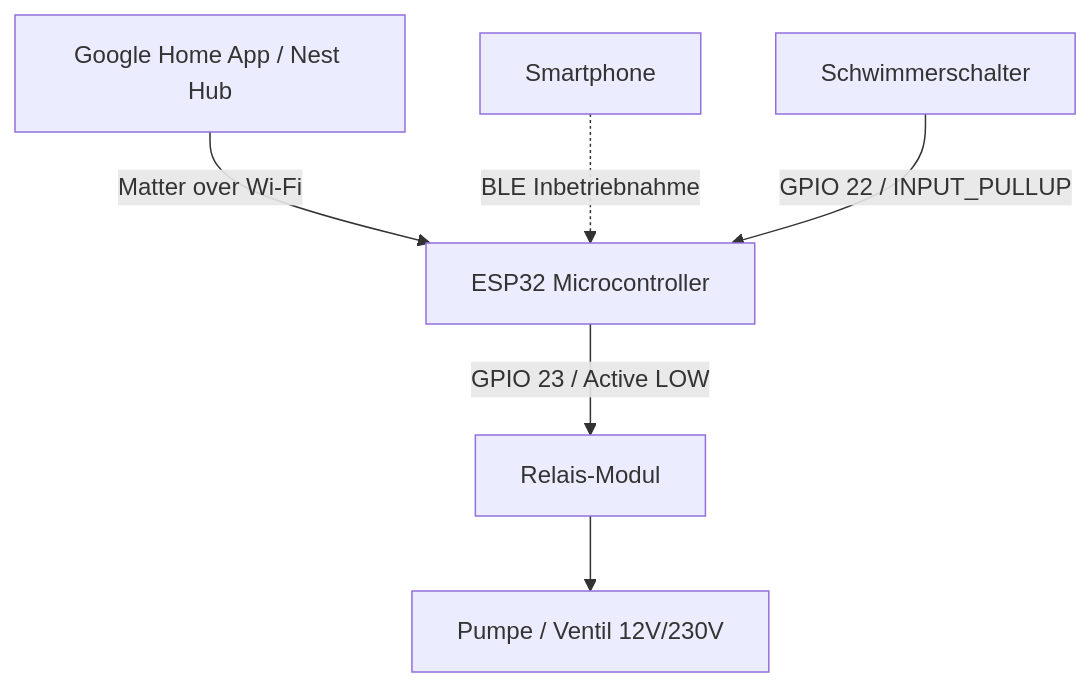
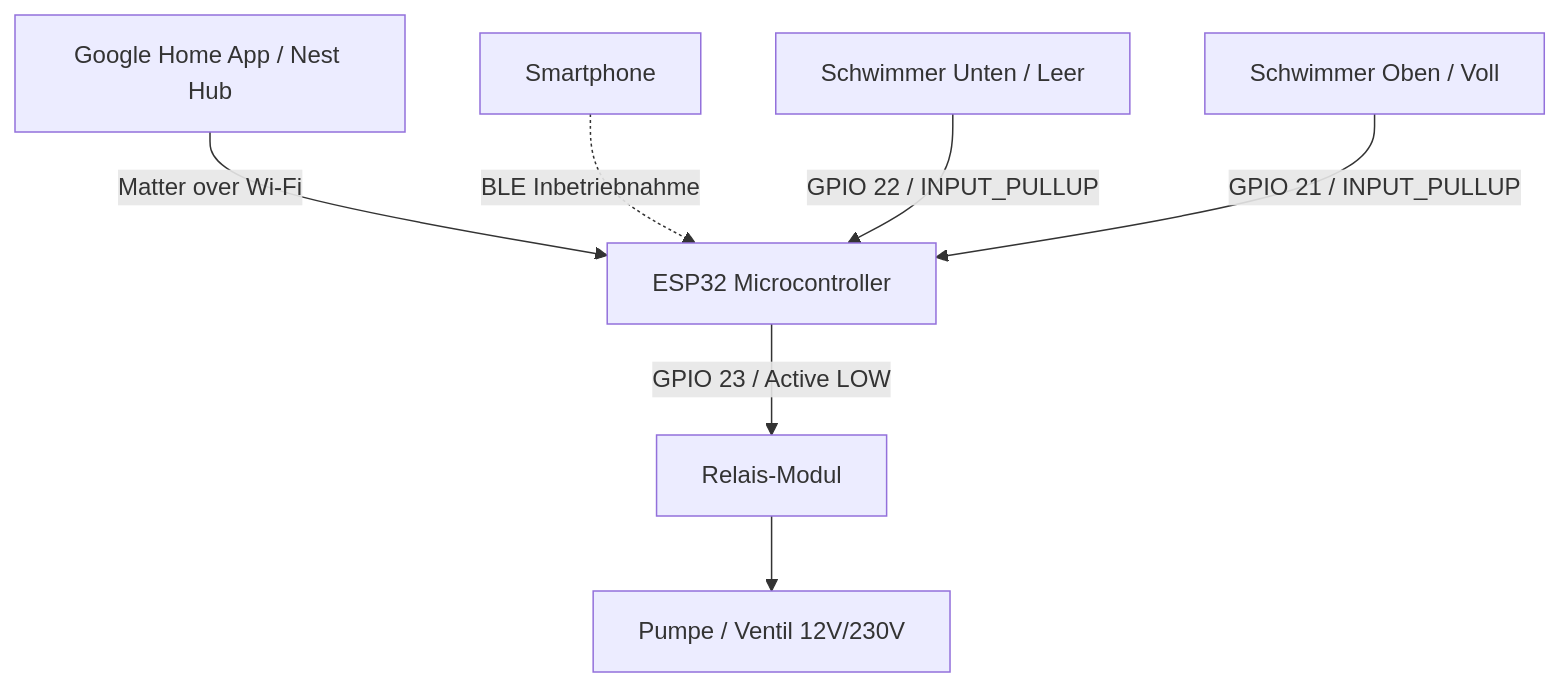
Before and after one commit to martinkade/iot-watering: the diagram in README.md, drawn with Mermaid. The commit also changed other lines of this file and 4 other files, not shown here.

Commit message:
feat: add upper float switch for tank full detection and Matter contact sensor support

````diff
--- a/README.md
+++ b/README.md
@@ -39,8 +40,9 @@
 ```mermaid
 graph TD
     GH[Google Home App / Nest Hub] -->|Matter over Wi-Fi| ESP[ESP32 Microcontroller]
     SM[Smartphone] -.->|BLE Inbetriebnahme| ESP
     ESP -->|GPIO 23 / Active LOW| RELAY[Relais-Modul]
     RELAY --> PUMP[Pumpe / Ventil 12V/230V]
-    FLOAT[Schwimmerschalter] -->|GPIO 22 / INPUT_PULLUP| ESP
+    FLOAT_EMPTY[Schwimmer Unten / Leer] -->|GPIO 22 / INPUT_PULLUP| ESP
+    FLOAT_FULL[Schwimmer Oben / Voll] -->|GPIO 21 / INPUT_PULLUP| ESP
 ```
````
